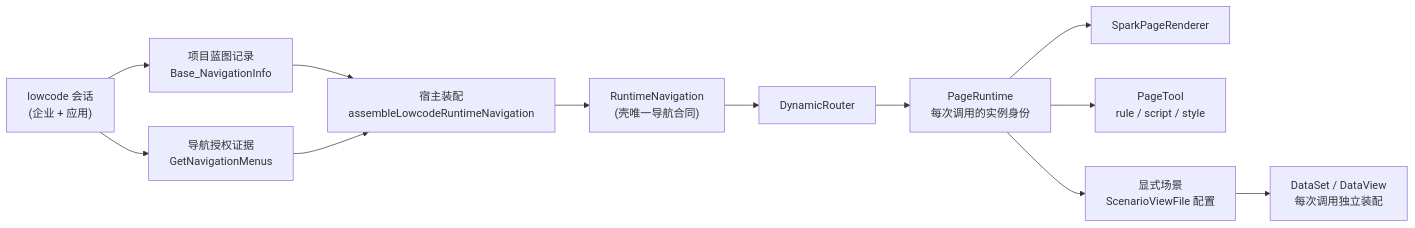
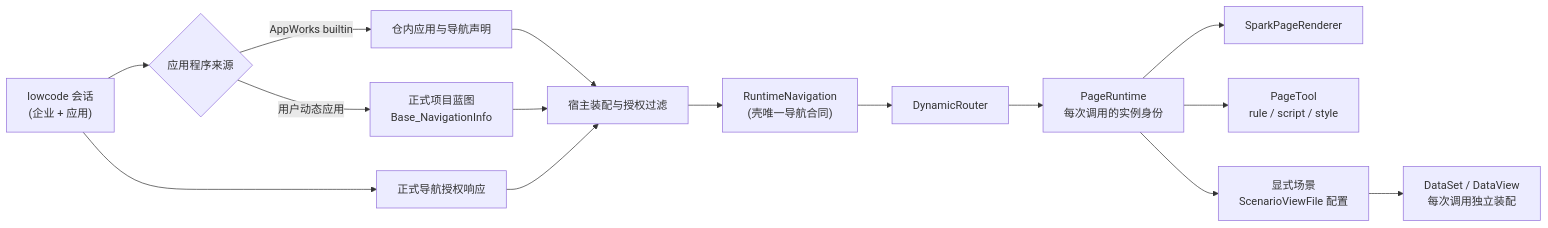
One commit to LMSpark/APPWORKS changed the first of 2 diagrams in docs/architecture/system-architecture.md. Above: the diagram before and after it, drawn with Mermaid. The commit also changed other lines of this file and 103 other files, not shown here.

Commit message:
feat: load builtin AppWorks definitions from repository

````diff
--- a/docs/architecture/system-architecture.md
+++ b/docs/architecture/system-architecture.md
@@ -16,14 +16,17 @@
 ```mermaid
 flowchart LR
-  Session["lowcode 会话<br/>(企业 + 应用)"] --> Records["项目蓝图记录<br/>Base_NavigationInfo"]
-  Session --> Auth["导航授权证据<br/>GetNavigationMenus"]
-  Records --> Assemble["宿主装配<br/>assembleLowcodeRuntimeNavigation"]
+  Session["lowcode 会话<br/>(企业 + 应用)"] --> Source{"应用程序来源"}
+  Source -->|AppWorks builtin| Local["仓内应用与导航声明"]
+  Source -->|用户动态应用| Records["正式项目蓝图<br/>Base_NavigationInfo"]
+  Session --> Auth["正式导航授权响应"]
+  Local --> Assemble["宿主装配与授权过滤"]
+  Records --> Assemble
   Auth --> Assemble
   Assemble --> Nav["RuntimeNavigation<br/>(壳唯一导航合同)"]
   Nav --> Router["DynamicRouter"]
   Router --> Call["PageRuntime<br/>每次调用的实例身份"]
   Call --> Page["SparkPageRenderer"]
   Call --> Tool["PageTool<br/>rule / script / style"]
   Call --> Scene["显式场景<br/>ScenarioViewFile 配置"]
   Scene --> DS["DataSet / DataView<br/>每次调用独立装配"]
 ```
````
